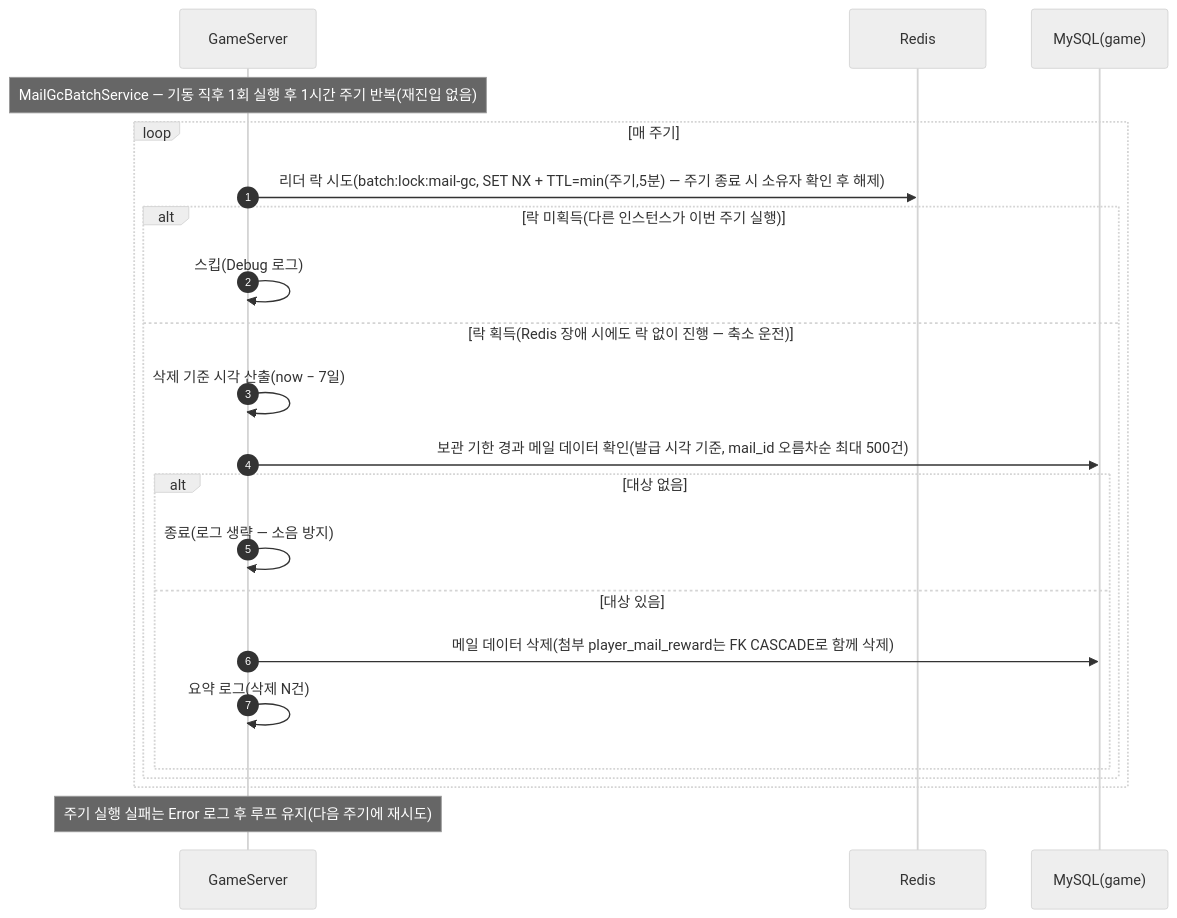
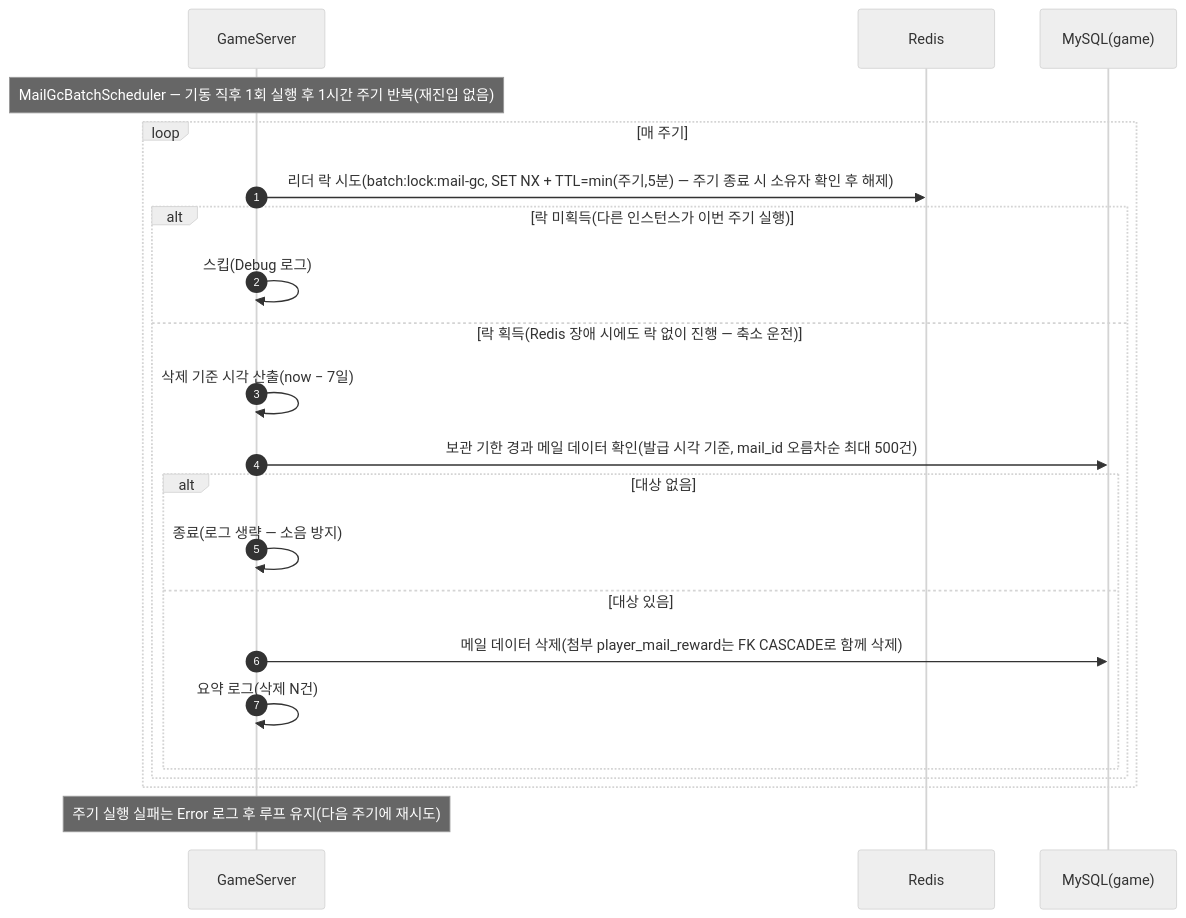
One commit to ks-wook/com2us-taskbar-hero changed diagram 41 of 47 in SequenceDiagram/README.md. Above: the diagram before and after it, drawn with Mermaid (neutral theme). The commit also changed other lines of this file and 2 other files, not shown here.

````diff
--- a/SequenceDiagram/README.md
+++ b/SequenceDiagram/README.md
@@ -1301,25 +1337,25 @@
 ```mermaid
 sequenceDiagram
     autonumber
     participant S as GameServer
     participant R as Redis
     participant DB as MySQL(game)
 
-    Note over S: MailGcBatchService — 기동 직후 1회 실행 후 1시간 주기 반복(재진입 없음)
+    Note over S: MailGcBatchScheduler — 기동 직후 1회 실행 후 1시간 주기 반복(재진입 없음)
     loop 매 주기
         S->>R: 리더 락 시도(batch:lock:mail-gc, SET NX + TTL=min(주기,5분) — 주기 종료 시 소유자 확인 후 해제)
         alt 락 미획득(다른 인스턴스가 이번 주기 실행)
             S->>S: 스킵(Debug 로그)
         else 락 획득(Redis 장애 시에도 락 없이 진행 — 축소 운전)
             S->>S: 삭제 기준 시각 산출(now − 7일)
             S->>DB: 보관 기한 경과 메일 데이터 확인(발급 시각 기준, mail_id 오름차순 최대 500건)
             alt 대상 없음
                 S->>S: 종료(로그 생략 — 소음 방지)
             else 대상 있음
                 S->>DB: 메일 데이터 삭제(첨부 player_mail_reward는 FK CASCADE로 함께 삭제)
                 S->>S: 요약 로그(삭제 N건)
             end
         end
     end
     Note over S: 주기 실행 실패는 Error 로그 후 루프 유지(다음 주기에 재시도)
 ```
````
